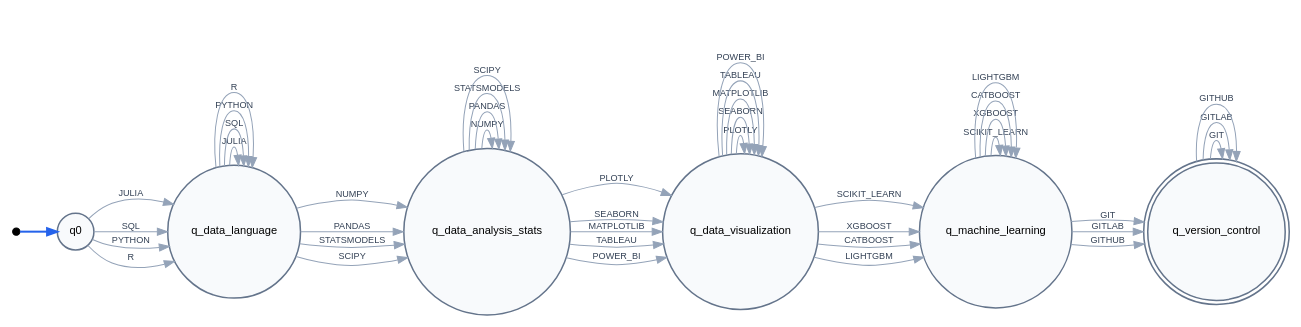
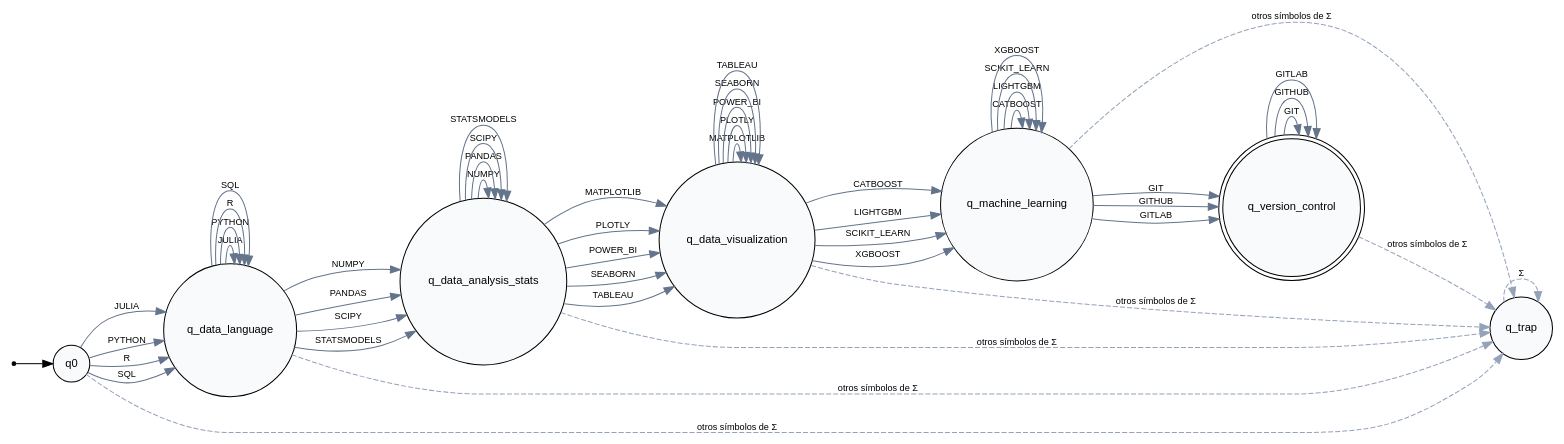
The diagram in docs/diagrams/data_scientist.dot (JuanJoe-18/DiscreteIII-Integrative-Task-VictorTeam), drawn with Graphviz before and after one commit. The commit also changed 26 other files, not shown here.

```diff
--- a/docs/diagrams/data_scientist.dot
+++ b/docs/diagrams/data_scientist.dot
@@ -1,53 +1,61 @@
 digraph DFA_data_scientist {
 	rankdir=LR
 	node [fontname=Helvetica fontsize=11 style=filled]
 	edge [fontname=Helvetica fontsize=9]
-	__start [label="" shape=point width=0.1]
-	__start -> q0 [color="#2563eb" penwidth=2.0]
-	q0 [color="#64748b" fillcolor="#f8fafc" penwidth=1.5 shape=circle]
-	q_data_language [color="#64748b" fillcolor="#f8fafc" penwidth=1.5 shape=circle]
-	q_data_analysis_stats [color="#64748b" fillcolor="#f8fafc" penwidth=1.5 shape=circle]
-	q_data_visualization [color="#64748b" fillcolor="#f8fafc" penwidth=1.5 shape=circle]
-	q_machine_learning [color="#64748b" fillcolor="#f8fafc" penwidth=1.5 shape=circle]
-	q_version_control [color="#64748b" fillcolor="#f8fafc" penwidth=1.5 shape=doublecircle]
-	q0 -> q_data_language [label=JULIA color="#94a3b8" fontcolor="#334155" penwidth=1.0]
-	q0 -> q_data_language [label=SQL color="#94a3b8" fontcolor="#334155" penwidth=1.0]
-	q0 -> q_data_language [label=PYTHON color="#94a3b8" fontcolor="#334155" penwidth=1.0]
-	q0 -> q_data_language [label=R color="#94a3b8" fontcolor="#334155" penwidth=1.0]
-	q_data_language -> q_data_language [label=JULIA color="#94a3b8" fontcolor="#334155" penwidth=1.0]
-	q_data_language -> q_data_language [label=SQL color="#94a3b8" fontcolor="#334155" penwidth=1.0]
-	q_data_language -> q_data_language [label=PYTHON color="#94a3b8" fontcolor="#334155" penwidth=1.0]
-	q_data_language -> q_data_language [label=R color="#94a3b8" fontcolor="#334155" penwidth=1.0]
-	q_data_language -> q_data_analysis_stats [label=NUMPY color="#94a3b8" fontcolor="#334155" penwidth=1.0]
-	q_data_language -> q_data_analysis_stats [label=PANDAS color="#94a3b8" fontcolor="#334155" penwidth=1.0]
-	q_data_language -> q_data_analysis_stats [label=STATSMODELS color="#94a3b8" fontcolor="#334155" penwidth=1.0]
-	q_data_language -> q_data_analysis_stats [label=SCIPY color="#94a3b8" fontcolor="#334155" penwidth=1.0]
-	q_data_analysis_stats -> q_data_analysis_stats [label=NUMPY color="#94a3b8" fontcolor="#334155" penwidth=1.0]
-	q_data_analysis_stats -> q_data_analysis_stats [label=PANDAS color="#94a3b8" fontcolor="#334155" penwidth=1.0]
-	q_data_analysis_stats -> q_data_analysis_stats [label=STATSMODELS color="#94a3b8" fontcolor="#334155" penwidth=1.0]
-	q_data_analysis_stats -> q_data_analysis_stats [label=SCIPY color="#94a3b8" fontcolor="#334155" penwidth=1.0]
-	q_data_analysis_stats -> q_data_visualization [label=PLOTLY color="#94a3b8" fontcolor="#334155" penwidth=1.0]
-	q_data_analysis_stats -> q_data_visualization [label=SEABORN color="#94a3b8" fontcolor="#334155" penwidth=1.0]
-	q_data_analysis_stats -> q_data_visualization [label=MATPLOTLIB color="#94a3b8" fontcolor="#334155" penwidth=1.0]
-	q_data_analysis_stats -> q_data_visualization [label=TABLEAU color="#94a3b8" fontcolor="#334155" penwidth=1.0]
-	q_data_analysis_stats -> q_data_visualization [label=POWER_BI color="#94a3b8" fontcolor="#334155" penwidth=1.0]
-	q_data_visualization -> q_data_visualization [label=PLOTLY color="#94a3b8" fontcolor="#334155" penwidth=1.0]
-	q_data_visualization -> q_data_visualization [label=SEABORN color="#94a3b8" fontcolor="#334155" penwidth=1.0]
-	q_data_visualization -> q_data_visualization [label=MATPLOTLIB color="#94a3b8" fontcolor="#334155" penwidth=1.0]
-	q_data_visualization -> q_data_visualization [label=TABLEAU color="#94a3b8" fontcolor="#334155" penwidth=1.0]
-	q_data_visualization -> q_data_visualization [label=POWER_BI color="#94a3b8" fontcolor="#334155" penwidth=1.0]
-	q_data_visualization -> q_machine_learning [label=SCIKIT_LEARN color="#94a3b8" fontcolor="#334155" penwidth=1.0]
-	q_data_visualization -> q_machine_learning [label=XGBOOST color="#94a3b8" fontcolor="#334155" penwidth=1.0]
-	q_data_visualization -> q_machine_learning [label=CATBOOST color="#94a3b8" fontcolor="#334155" penwidth=1.0]
-	q_data_visualization -> q_machine_learning [label=LIGHTGBM color="#94a3b8" fontcolor="#334155" penwidth=1.0]
-	q_machine_learning -> q_machine_learning [label=SCIKIT_LEARN color="#94a3b8" fontcolor="#334155" penwidth=1.0]
-	q_machine_learning -> q_machine_learning [label=XGBOOST color="#94a3b8" fontcolor="#334155" penwidth=1.0]
-	q_machine_learning -> q_machine_learning [label=CATBOOST color="#94a3b8" fontcolor="#334155" penwidth=1.0]
-	q_machine_learning -> q_machine_learning [label=LIGHTGBM color="#94a3b8" fontcolor="#334155" penwidth=1.0]
-	q_machine_learning -> q_version_control [label=GIT color="#94a3b8" fontcolor="#334155" penwidth=1.0]
-	q_machine_learning -> q_version_control [label=GITLAB color="#94a3b8" fontcolor="#334155" penwidth=1.0]
-	q_machine_learning -> q_version_control [label=GITHUB color="#94a3b8" fontcolor="#334155" penwidth=1.0]
-	q_version_control -> q_version_control [label=GIT color="#94a3b8" fontcolor="#334155" penwidth=1.0]
-	q_version_control -> q_version_control [label=GITLAB color="#94a3b8" fontcolor="#334155" penwidth=1.0]
-	q_version_control -> q_version_control [label=GITHUB color="#94a3b8" fontcolor="#334155" penwidth=1.0]
+	__start [label="" shape=point]
+	__start -> q0
+	q0 [fillcolor="#f8fafc" shape=circle]
+	q_data_analysis_stats [fillcolor="#f8fafc" shape=circle]
+	q_data_language [fillcolor="#f8fafc" shape=circle]
+	q_data_visualization [fillcolor="#f8fafc" shape=circle]
+	q_machine_learning [fillcolor="#f8fafc" shape=circle]
+	q_trap [fillcolor="#f8fafc" shape=circle]
+	q_version_control [fillcolor="#f8fafc" shape=doublecircle]
+	q0 -> q_data_language [label=JULIA color="#64748b" penwidth=1.0]
+	q0 -> q_data_language [label=PYTHON color="#64748b" penwidth=1.0]
+	q0 -> q_data_language [label=R color="#64748b" penwidth=1.0]
+	q0 -> q_data_language [label=SQL color="#64748b" penwidth=1.0]
+	q_data_analysis_stats -> q_data_visualization [label=MATPLOTLIB color="#64748b" penwidth=1.0]
+	q_data_analysis_stats -> q_data_analysis_stats [label=NUMPY color="#64748b" penwidth=1.0]
+	q_data_analysis_stats -> q_data_analysis_stats [label=PANDAS color="#64748b" penwidth=1.0]
+	q_data_analysis_stats -> q_data_visualization [label=PLOTLY color="#64748b" penwidth=1.0]
+	q_data_analysis_stats -> q_data_visualization [label=POWER_BI color="#64748b" penwidth=1.0]
+	q_data_analysis_stats -> q_data_analysis_stats [label=SCIPY color="#64748b" penwidth=1.0]
+	q_data_analysis_stats -> q_data_visualization [label=SEABORN color="#64748b" penwidth=1.0]
+	q_data_analysis_stats -> q_data_analysis_stats [label=STATSMODELS color="#64748b" penwidth=1.0]
+	q_data_analysis_stats -> q_data_visualization [label=TABLEAU color="#64748b" penwidth=1.0]
+	q_data_language -> q_data_language [label=JULIA color="#64748b" penwidth=1.0]
+	q_data_language -> q_data_analysis_stats [label=NUMPY color="#64748b" penwidth=1.0]
+	q_data_language -> q_data_analysis_stats [label=PANDAS color="#64748b" penwidth=1.0]
+	q_data_language -> q_data_language [label=PYTHON color="#64748b" penwidth=1.0]
+	q_data_language -> q_data_language [label=R color="#64748b" penwidth=1.0]
+	q_data_language -> q_data_analysis_stats [label=SCIPY color="#64748b" penwidth=1.0]
+	q_data_language -> q_data_language [label=SQL color="#64748b" penwidth=1.0]
+	q_data_language -> q_data_analysis_stats [label=STATSMODELS color="#64748b" penwidth=1.0]
+	q_data_visualization -> q_machine_learning [label=CATBOOST color="#64748b" penwidth=1.0]
+	q_data_visualization -> q_machine_learning [label=LIGHTGBM color="#64748b" penwidth=1.0]
+	q_data_visualization -> q_data_visualization [label=MATPLOTLIB color="#64748b" penwidth=1.0]
+	q_data_visualization -> q_data_visualization [label=PLOTLY color="#64748b" penwidth=1.0]
+	q_data_visualization -> q_data_visualization [label=POWER_BI color="#64748b" penwidth=1.0]
+	q_data_visualization -> q_machine_learning [label=SCIKIT_LEARN color="#64748b" penwidth=1.0]
+	q_data_visualization -> q_data_visualization [label=SEABORN color="#64748b" penwidth=1.0]
+	q_data_visualization -> q_data_visualization [label=TABLEAU color="#64748b" penwidth=1.0]
+	q_data_visualization -> q_machine_learning [label=XGBOOST color="#64748b" penwidth=1.0]
+	q_machine_learning -> q_machine_learning [label=CATBOOST color="#64748b" penwidth=1.0]
+	q_machine_learning -> q_version_control [label=GIT color="#64748b" penwidth=1.0]
+	q_machine_learning -> q_version_control [label=GITHUB color="#64748b" penwidth=1.0]
+	q_machine_learning -> q_version_control [label=GITLAB color="#64748b" penwidth=1.0]
+	q_machine_learning -> q_machine_learning [label=LIGHTGBM color="#64748b" penwidth=1.0]
+	q_machine_learning -> q_machine_learning [label=SCIKIT_LEARN color="#64748b" penwidth=1.0]
+	q_machine_learning -> q_machine_learning [label=XGBOOST color="#64748b" penwidth=1.0]
+	q_version_control -> q_version_control [label=GIT color="#64748b" penwidth=1.0]
+	q_version_control -> q_version_control [label=GITHUB color="#64748b" penwidth=1.0]
+	q_version_control -> q_version_control [label=GITLAB color="#64748b" penwidth=1.0]
+	q0 -> q_trap [label="otros símbolos de Σ" color="#94a3b8" style=dashed]
+	q_data_analysis_stats -> q_trap [label="otros símbolos de Σ" color="#94a3b8" style=dashed]
+	q_data_language -> q_trap [label="otros símbolos de Σ" color="#94a3b8" style=dashed]
+	q_data_visualization -> q_trap [label="otros símbolos de Σ" color="#94a3b8" style=dashed]
+	q_machine_learning -> q_trap [label="otros símbolos de Σ" color="#94a3b8" style=dashed]
+	q_trap -> q_trap [label="Σ" color="#94a3b8" style=dashed]
+	q_version_control -> q_trap [label="otros símbolos de Σ" color="#94a3b8" style=dashed]
 }
```
